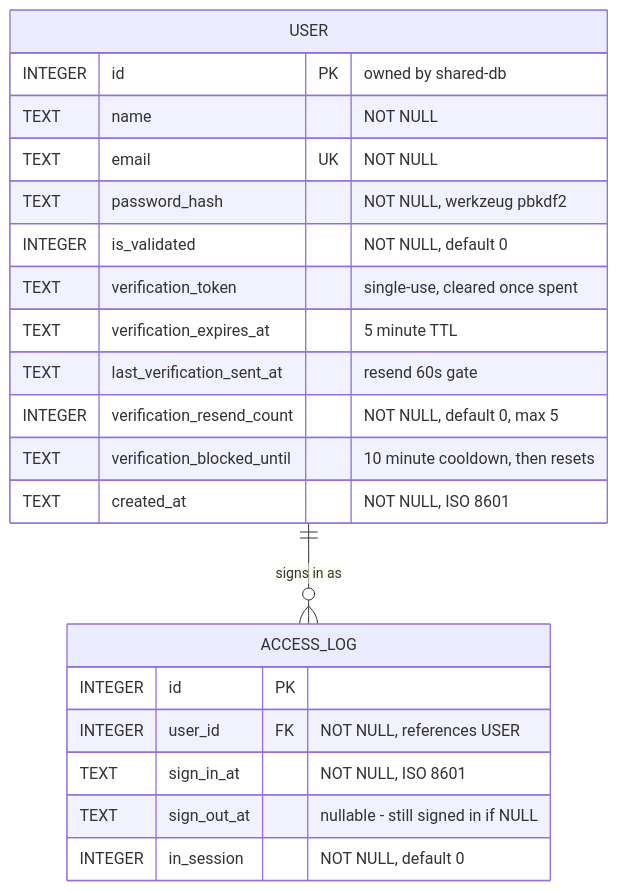
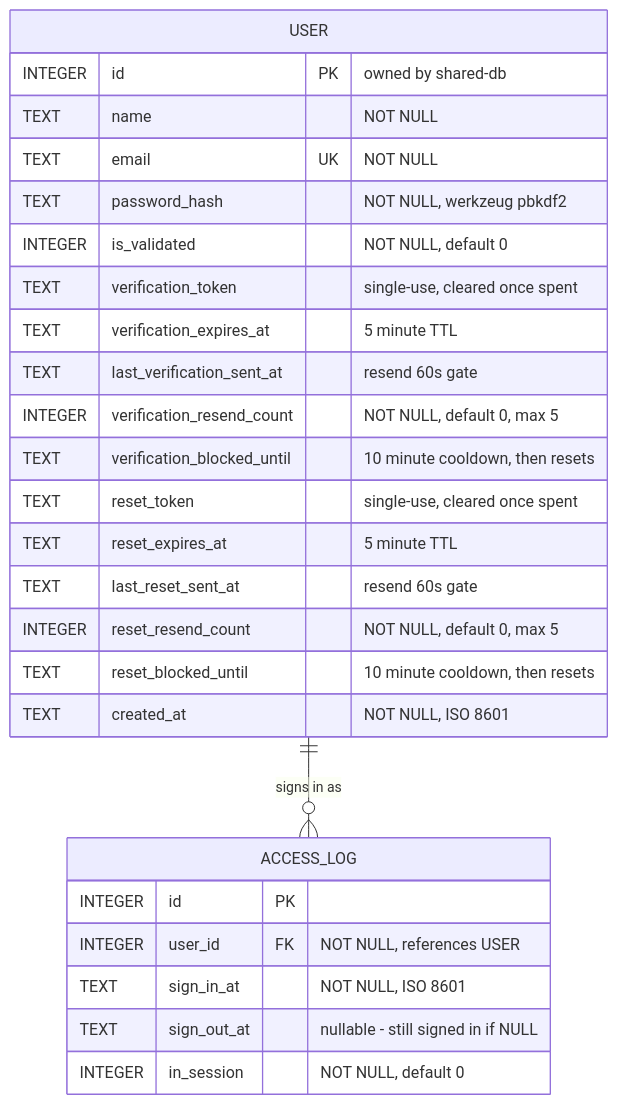
The third of 4 diagrams in docs/technical-report.md (aurelia-sari/ads-assignment), drawn with Mermaid before and after one commit. The commit also changed other lines of this file and 4 other files, not shown here.

````diff
--- a/docs/technical-report.md
+++ b/docs/technical-report.md
@@ -930,26 +936,31 @@
 ```mermaid
 erDiagram
     USER ||--o{ ACCESS_LOG : "signs in as"
 
     USER {
         INTEGER id                          PK "owned by shared-db"
         TEXT    name                            "NOT NULL"
         TEXT    email                       UK  "NOT NULL"
         TEXT    password_hash                   "NOT NULL, werkzeug pbkdf2"
         INTEGER is_validated                    "NOT NULL, default 0"
         TEXT    verification_token              "single-use, cleared once spent"
         TEXT    verification_expires_at         "5 minute TTL"
         TEXT    last_verification_sent_at       "resend 60s gate"
         INTEGER verification_resend_count       "NOT NULL, default 0, max 5"
         TEXT    verification_blocked_until      "10 minute cooldown, then resets"
+        TEXT    reset_token                     "single-use, cleared once spent"
+        TEXT    reset_expires_at                "5 minute TTL"
+        TEXT    last_reset_sent_at              "resend 60s gate"
+        INTEGER reset_resend_count              "NOT NULL, default 0, max 5"
+        TEXT    reset_blocked_until             "10 minute cooldown, then resets"
         TEXT    created_at                      "NOT NULL, ISO 8601"
     }
 
     ACCESS_LOG {
         INTEGER id          PK
         INTEGER user_id     FK "NOT NULL, references USER"
         TEXT    sign_in_at      "NOT NULL, ISO 8601"
         TEXT    sign_out_at     "nullable - still signed in if NULL"
         INTEGER in_session      "NOT NULL, default 0"
     }
 ```
````
